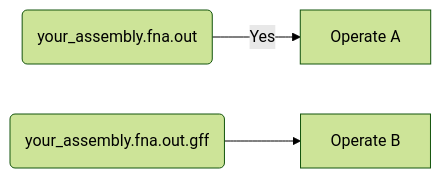
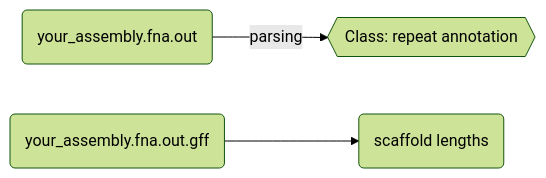
One commit to milena-t/ReVis changed the diagram in README.md. Above: the diagram before and after it, drawn with Mermaid (forest theme).

Commit message:
more mermaid

````diff
--- a/README.md
+++ b/README.md
@@ -68,7 +68,7 @@
 ```mermaid
 graph LR;
     infile_out(your_assembly.fna.out);
-    infile_out -- Yes --> A[Operate A];
+    infile_out -- parsing --> rep_annot{{Class: repeat annotation}};
     infile_gff(your_assembly.fna.out.gff);
-    infile_gff --> B[Operate B];
+    infile_gff --> contig_coords(scaffold lengths);
 ```   
````
